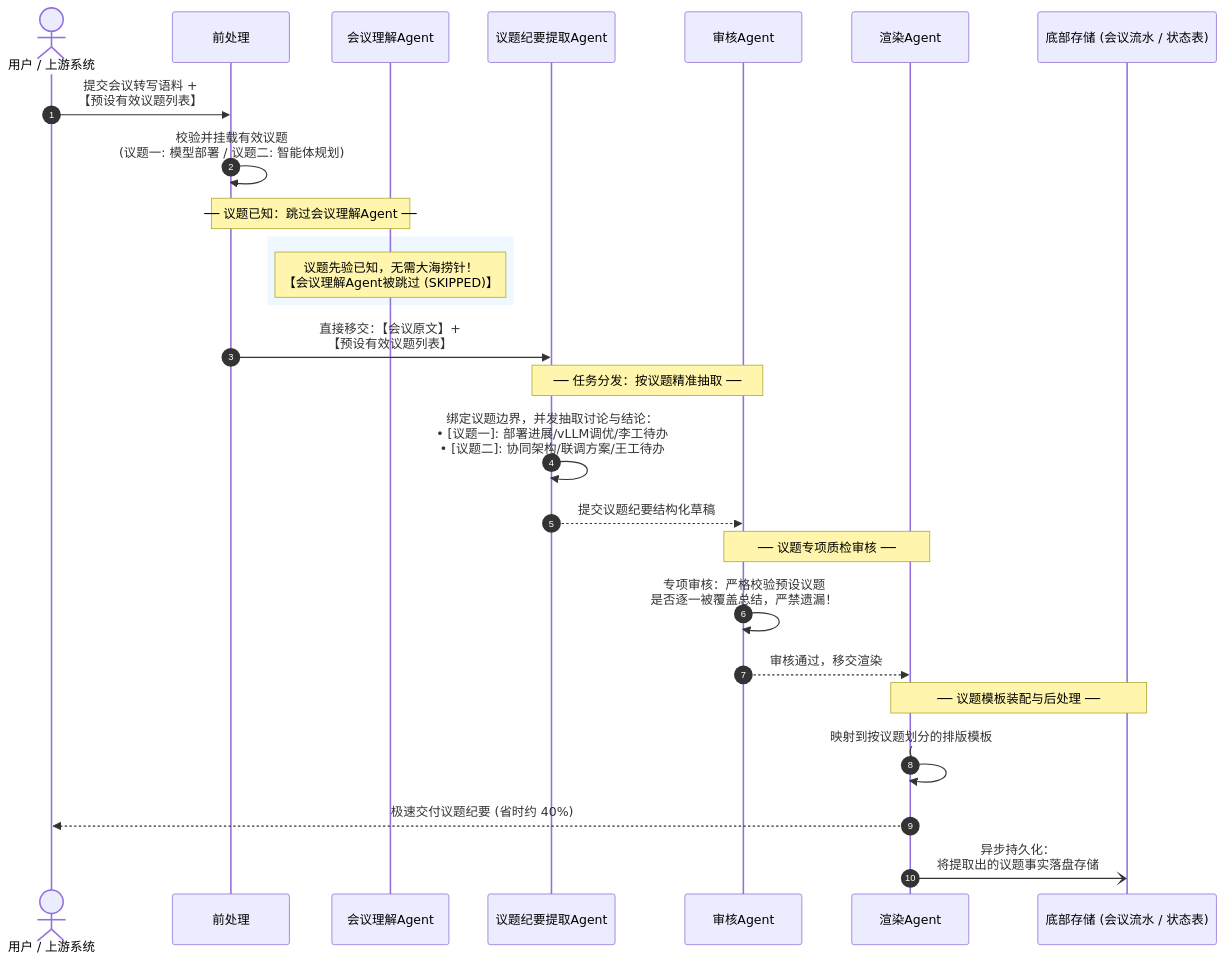
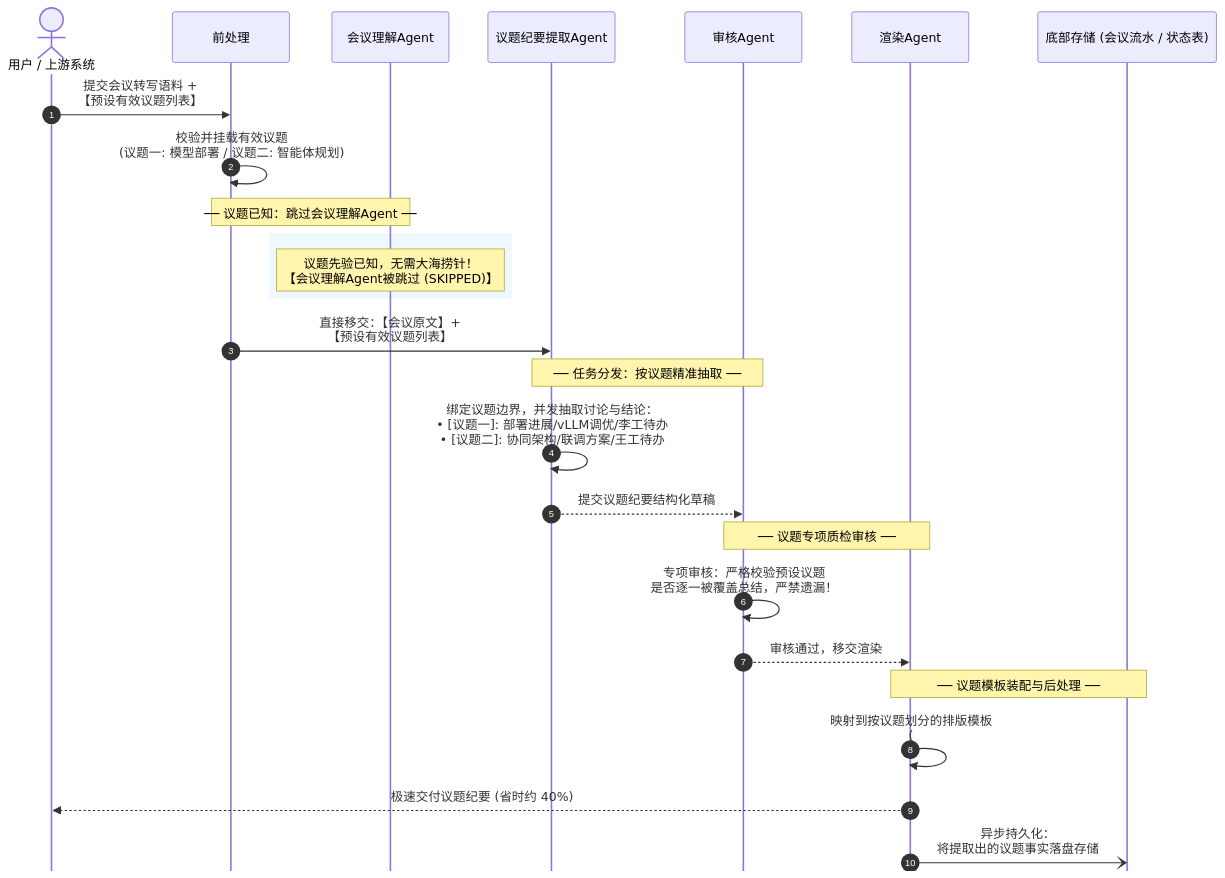
One commit to ohhhhh-hyf/AgentFlow changed the second of 2 diagrams in MINUTES_AGENT_WORKFLOW_UML.md. Above: the diagram before and after it, drawn with Mermaid. The commit also changed other lines of this file and 1 other file, not shown here.

Commit message:
记忆

````diff
--- a/MINUTES_AGENT_WORKFLOW_UML.md
+++ b/MINUTES_AGENT_WORKFLOW_UML.md
@@ -119,33 +120,34 @@
 ```mermaid
+%%{init: {'theme': 'default', 'themeVariables': {'fontSize': '16px', 'actorFontSize': '16px', 'messageFontSize': '15px', 'noteFontSize': '14px'}, 'sequence': {'mirrorActors': false, 'messageMargin': 15, 'noteMargin': 8}}}%%
 sequenceDiagram
     autonumber
     actor User as 用户 / 上游系统
     participant Pre as 前处理
     participant Understand as 会议理解Agent
     participant Dispatch as 议题纪要提取Agent
     participant QA as 审核Agent
     participant Render as 渲染Agent
     participant Storage as 底部存储 (会议流水 / 状态表)
 
     User->>Pre: 提交会议转写语料 +<br/>【预设有效议题列表】
     Pre->>Pre: 校验并挂载有效议题<br/>(议题一: 模型部署 / 议题二: 智能体规划)
 
     Note over Pre, Understand: ── 议题已知：跳过会议理解Agent ──
     rect rgb(240, 248, 255)
         Note over Understand: 议题先验已知，无需大海捞针！<br/>【会议理解Agent被跳过 (SKIPPED)】
     end
     Pre->>Dispatch: 直接移交：【会议原文】+<br/>【预设有效议题列表】
 
     Note over Dispatch, QA: ── 任务分发：按议题精准抽取 ──
     Dispatch->>Dispatch: 绑定议题边界，并发抽取讨论与结论：<br/>• [议题一]: 部署进展/vLLM调优/李工待办<br/>• [议题二]: 协同架构/联调方案/王工待办
     Dispatch-->>QA: 提交议题纪要结构化草稿
 
     Note over QA, Render: ── 议题专项质检审核 ──
     QA->>QA: 专项审核：严格校验预设议题<br/>是否逐一被覆盖总结，严禁遗漏！
     QA-->>Render: 审核通过，移交渲染
 
     Note over Render, Storage: ── 议题模板装配与后处理 ──
     Render->>Render: 映射到按议题划分的排版模板<br/>(## 议题一 / ## 议题二)
     Render-->>User: 极速交付议题纪要 (省时约 40%)
     Render-)Storage: 异步持久化：<br/>将提取出的议题事实落盘存储
 ```
````
